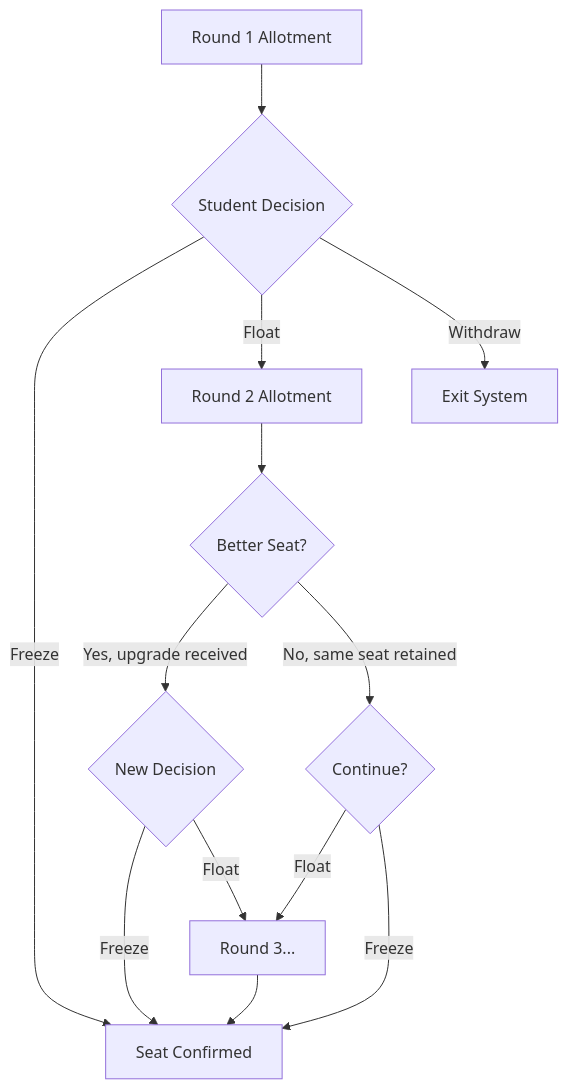
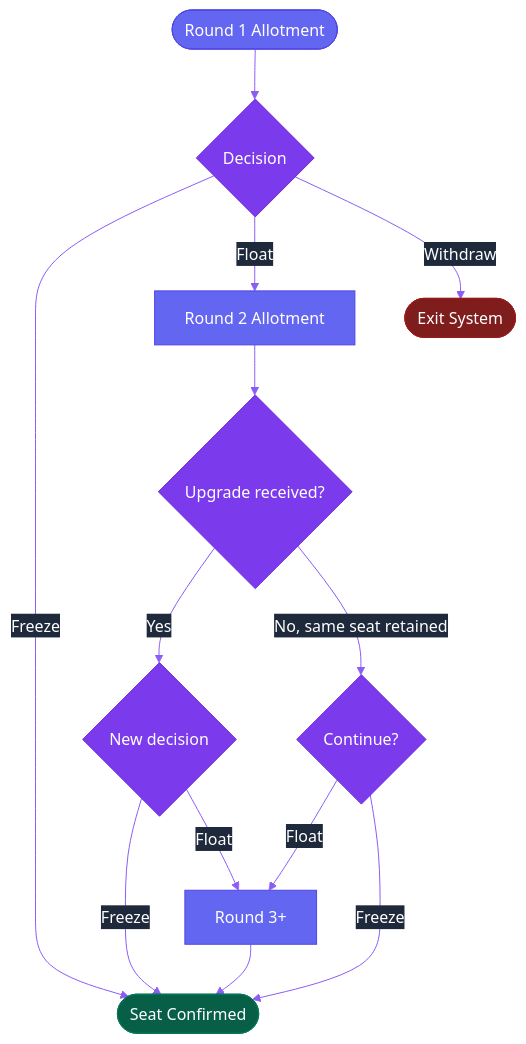
One commit to aashrutsharma2/docs changed the fourth of 4 diagrams in blueprint/admission-lifecycle.mdx. Above: the diagram before and after it, drawn with Mermaid. The commit also changed other lines of this file and 3 other files, not shown here.

````diff
--- a/blueprint/admission-lifecycle.mdx
+++ b/blueprint/admission-lifecycle.mdx
@@ -210,18 +225,43 @@
 ```mermaid
+%%{init: {
+  'theme': 'base',
+  'themeVariables': {
+    'primaryColor': '#6366f1',
+    'primaryTextColor': '#ffffff',
+    'primaryBorderColor': '#4f46e5',
+    'lineColor': '#8b5cf6',
+    'secondaryColor': '#312e81',
+    'tertiaryColor': '#1e1b4b',
+    'background': 'transparent',
+    'mainBkg': '#6366f1',
+    'nodeBorder': '#4f46e5',
+    'clusterBkg': '#1e1b4b',
+    'titleColor': '#a5b4fc',
+    'edgeLabelBackground': '#1e293b',
+    'fontFamily': 'Inter, sans-serif'
+  }
+}}%%
 flowchart TD
-    R1[Round 1 Allotment] --> D1{Student Decision}
-    D1 -- Freeze --> CONFIRM[Seat Confirmed]
+    R1([Round 1 Allotment]) --> D1{Decision}
+    D1 -- Freeze --> CONFIRM([Seat Confirmed])
     D1 -- Float --> R2[Round 2 Allotment]
-    D1 -- Withdraw --> EXIT[Exit System]
-    
-    R2 --> D2{Better Seat?}
-    D2 -- Yes, upgrade received --> D3{New Decision}
+    D1 -- Withdraw --> EXIT([Exit System])
+
+    R2 --> D2{Upgrade received?}
+    D2 -- Yes --> D3{New decision}
     D2 -- No, same seat retained --> D4{Continue?}
-    
+
     D3 -- Freeze --> CONFIRM
-    D3 -- Float --> R3[Round 3...]
+    D3 -- Float --> R3[Round 3+]
     D4 -- Float --> R3
     D4 -- Freeze --> CONFIRM
-    
+
     R3 --> CONFIRM
+
+    style CONFIRM fill:#065f46,stroke:#047857,color:#fff
+    style EXIT fill:#7f1d1d,stroke:#991b1b,color:#fff
+    style D1 fill:#7c3aed,stroke:#6d28d9,color:#fff
+    style D2 fill:#7c3aed,stroke:#6d28d9,color:#fff
+    style D3 fill:#7c3aed,stroke:#6d28d9,color:#fff
+    style D4 fill:#7c3aed,stroke:#6d28d9,color:#fff
 ```
````
